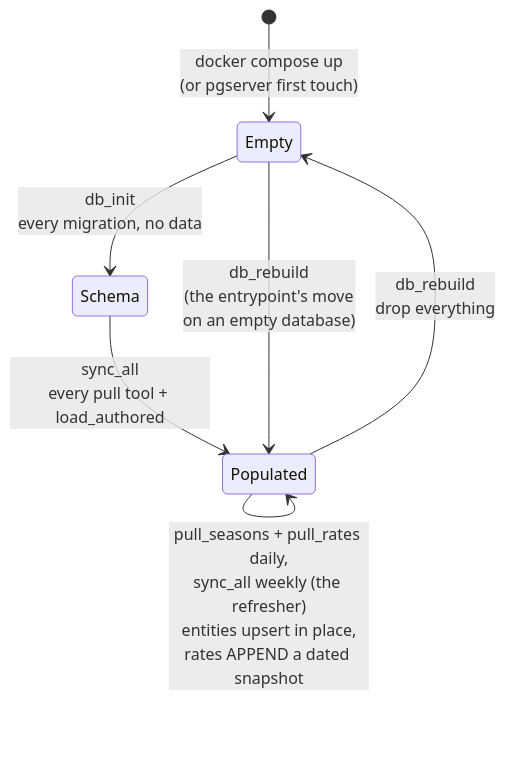
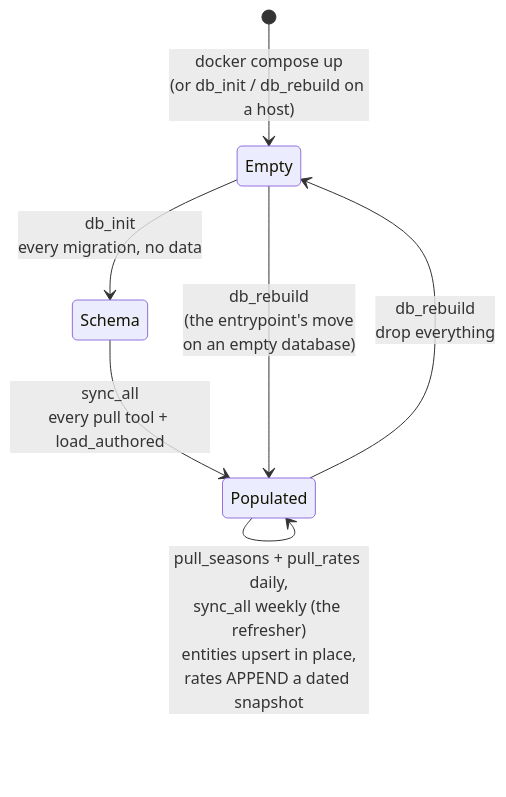
One commit to mmikol/counter-utility-matrix changed the first of 7 diagrams in docs/db.md. Above: the diagram before and after it, drawn with Mermaid. The commit also changed other lines of this file and 11 other files, not shown here.

````diff
--- a/docs/db.md
+++ b/docs/db.md
@@ -128,9 +128,9 @@
 ```mermaid
 stateDiagram-v2
-    [*] --> Empty: docker compose up<br/>(or pgserver first touch)
+    [*] --> Empty: docker compose up<br/>(or db_init / db_rebuild on a host)
     Empty --> Schema: db_init<br/>every migration, no data
     Schema --> Populated: sync_all<br/>every pull tool + load_authored
     Empty --> Populated: db_rebuild<br/>(the entrypoint's move<br/>on an empty database)
     Populated --> Populated: pull_seasons + pull_rates daily,<br/>sync_all weekly (the refresher)<br/>entities upsert in place,<br/>rates APPEND a dated snapshot
     Populated --> Empty: db_rebuild<br/>drop everything
 ```
````
